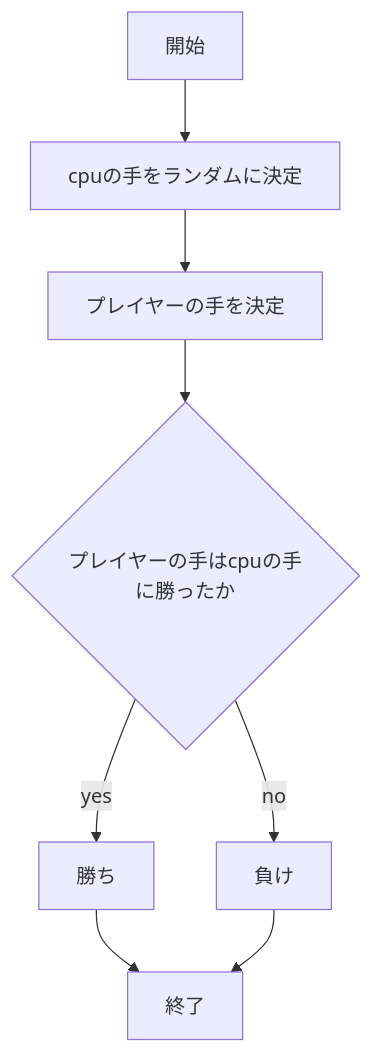
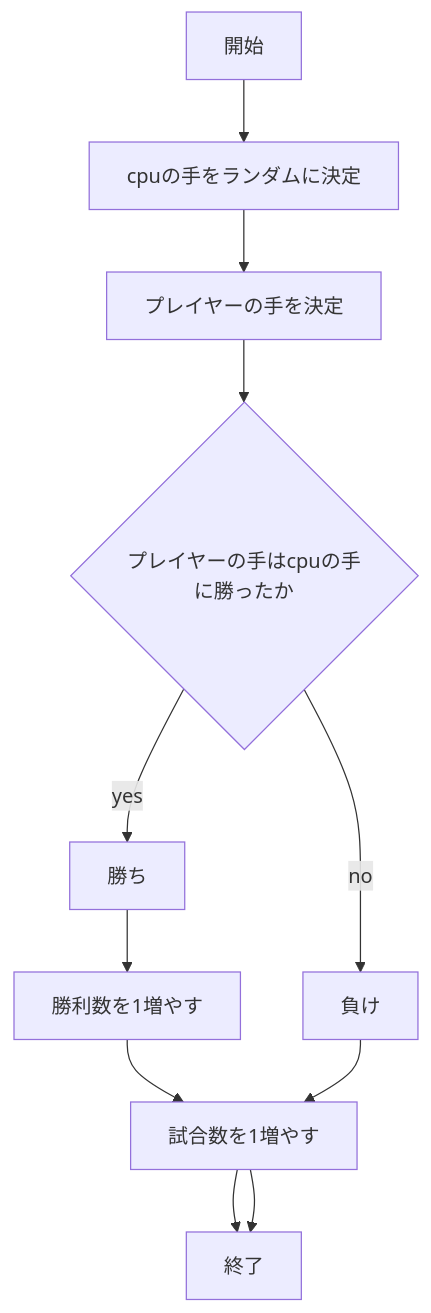
Before and after one commit to kanayuu0404/webpro_06: the diagram in README.md, drawn with Mermaid.

Commit message:
readmeのjankenの機能説明を増設

````diff
--- a/README.md
+++ b/README.md
@@ -27,19 +27,24 @@
 ```mermaid
 flowchart TD;
 
 start["開始"];
 end1["終了"]
 cpu["cpuの手をランダムに決定"]
 hito["プレイヤーの手を決定"]
 if{"プレイヤーの手はcpuの手に勝ったか"}
 win["勝ち"]
 loose["負け"]
+winsuu["勝利数を1増やす"]
+total["試合数を1増やす"]
 
 start --> cpu
 cpu --> hito
 hito --> if
 if -->|yes| win
-win --> end1
+win --> winsuu
+winsuu --> total
+total --> end1
 if -->|no| loose
-loose --> end1
+loose --> total
+total --> end1
 ```
````
